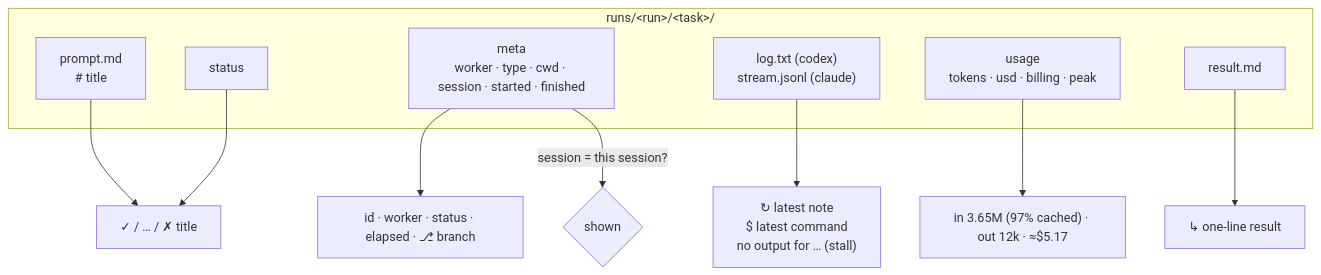
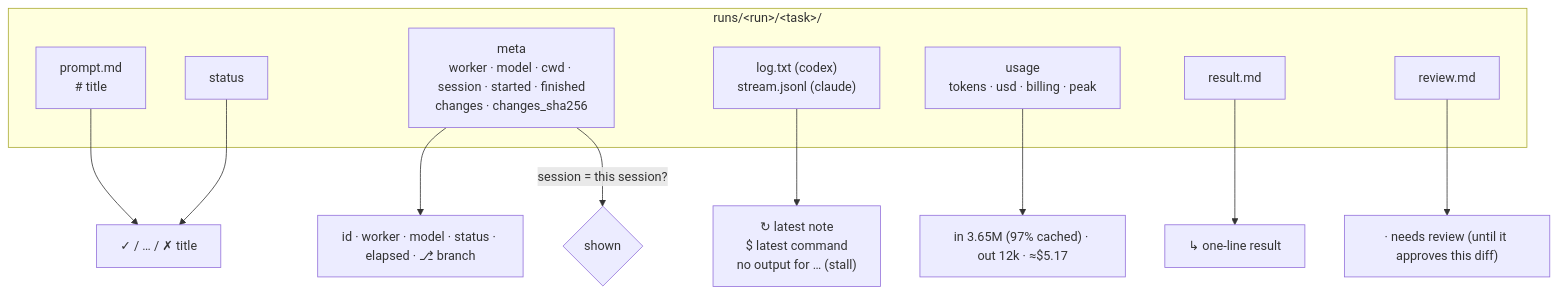
One commit to jandyx/muster changed the fourth of 5 diagrams in docs/how-it-works.md. Above: the diagram before and after it, drawn with Mermaid. The commit also changed other lines of this file and 3 other files, not shown here.

First line of the commit message:
Bring the README, diagrams and screenshot up to date

````diff
--- a/docs/how-it-works.md
+++ b/docs/how-it-works.md
@@ -66,18 +70,20 @@
 ```mermaid
 flowchart TB
     subgraph task["runs/&lt;run&gt;/&lt;task&gt;/"]
         prompt["prompt.md<br/># title"]
-        meta["meta<br/>worker · type · cwd · session · started · finished"]
+        meta["meta<br/>worker · model · cwd · session · started · finished<br/>changes · changes_sha256"]
         status[status]
         live["log.txt (codex)<br/>stream.jsonl (claude)"]
         usage["usage<br/>tokens · usd · billing · peak"]
         result[result.md]
+        review[review.md]
     end
     prompt --> row1["✓ / … / ✗  title"]
     status --> row1
-    meta --> row2["id · worker · status · elapsed · ⎇ branch"]
+    meta --> row2["id · worker · model · status · elapsed · ⎇ branch"]
+    review --> row1b["· needs review (until it approves this diff)"]
     usage --> row3["in 3.65M (97% cached) · out 12k · ≈$5.17"]
     live --> row4["↻ latest note<br/>$ latest command<br/>no output for … (stall)"]
     result --> row5["↳ one-line result"]
     meta -- "session = this session?" --> filter{shown}
 ```
````
